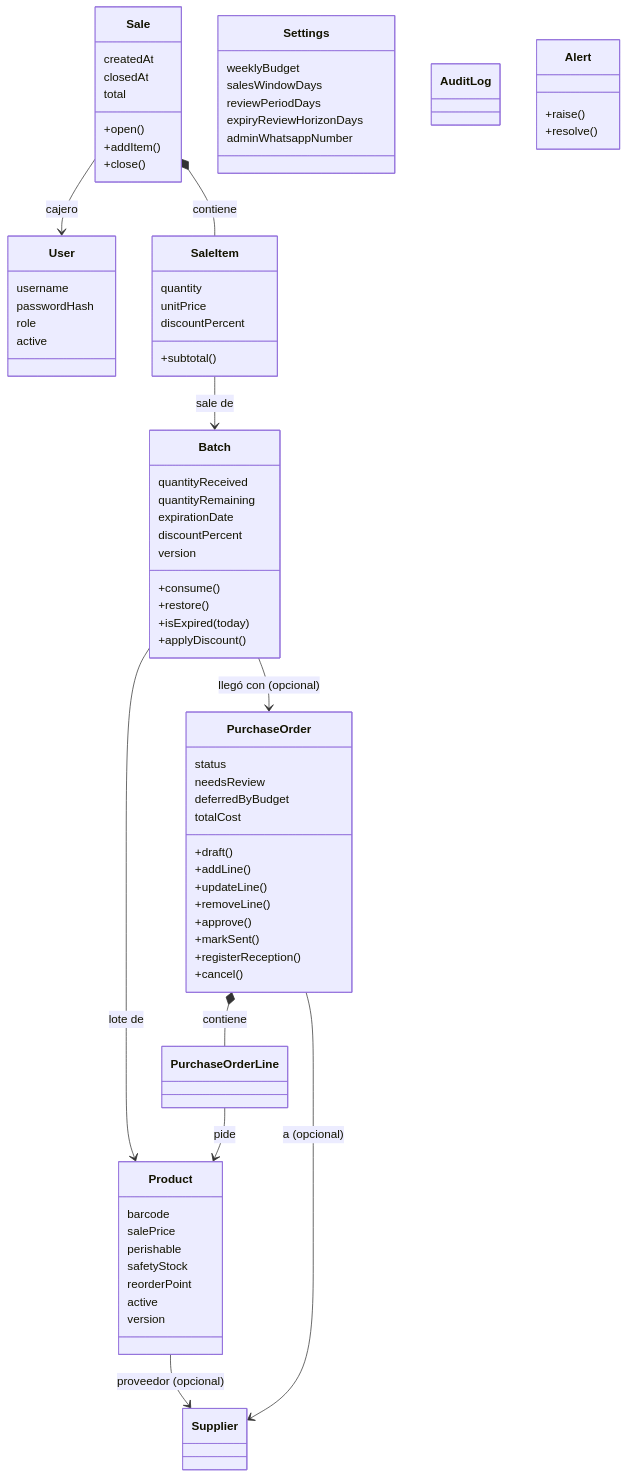
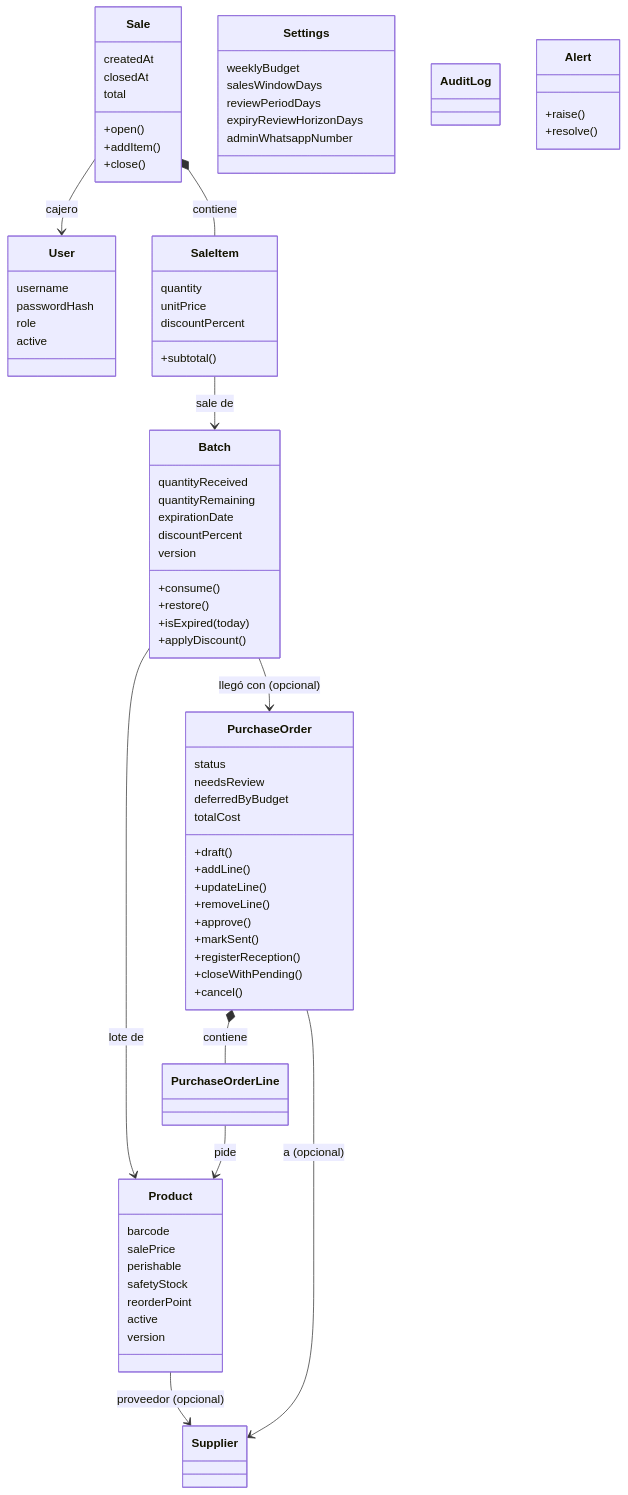
Before and after one commit to luduarte23/InventIQ: the third of 7 diagrams in docs/arquitectura.md, drawn with Mermaid. The commit also changed other lines of this file and 1 other file, not shown here.

Commit message:
A11: document Part D in the architecture document and README}

````diff
--- a/docs/arquitectura.md
+++ b/docs/arquitectura.md
@@ -112,81 +132,82 @@
 ```mermaid
 classDiagram
     class User {
         username
         passwordHash
         role
         active
     }
     class Supplier
     class Product {
         barcode
         salePrice
         perishable
         safetyStock
         reorderPoint
         active
         version
     }
     class Batch {
         quantityReceived
         quantityRemaining
         expirationDate
         discountPercent
         version
         +consume()
         +restore()
         +isExpired(today)
         +applyDiscount()
     }
     class Sale {
         createdAt
         closedAt
         total
         +open()
         +addItem()
         +close()
     }
     class SaleItem {
         quantity
         unitPrice
         discountPercent
         +subtotal()
     }
     class PurchaseOrder {
         status
         needsReview
         deferredByBudget
         totalCost
         +draft()
         +addLine()
         +updateLine()
         +removeLine()
         +approve()
         +markSent()
         +registerReception()
+        +closeWithPending()
         +cancel()
     }
     class PurchaseOrderLine
     class Settings {
         weeklyBudget
         salesWindowDays
         reviewPeriodDays
         expiryReviewHorizonDays
         adminWhatsappNumber
     }
     class AuditLog
     class Alert {
         +raise()
         +resolve()
     }
 
     Product --> Supplier : proveedor (opcional)
     Batch --> Product : lote de
     Batch --> PurchaseOrder : llegó con (opcional)
     Sale *-- SaleItem : contiene
     SaleItem --> Batch : sale de
     Sale --> User : cajero
     PurchaseOrder *-- PurchaseOrderLine : contiene
     PurchaseOrder --> Supplier : a (opcional)
     PurchaseOrderLine --> Product : pide
 ```
````
